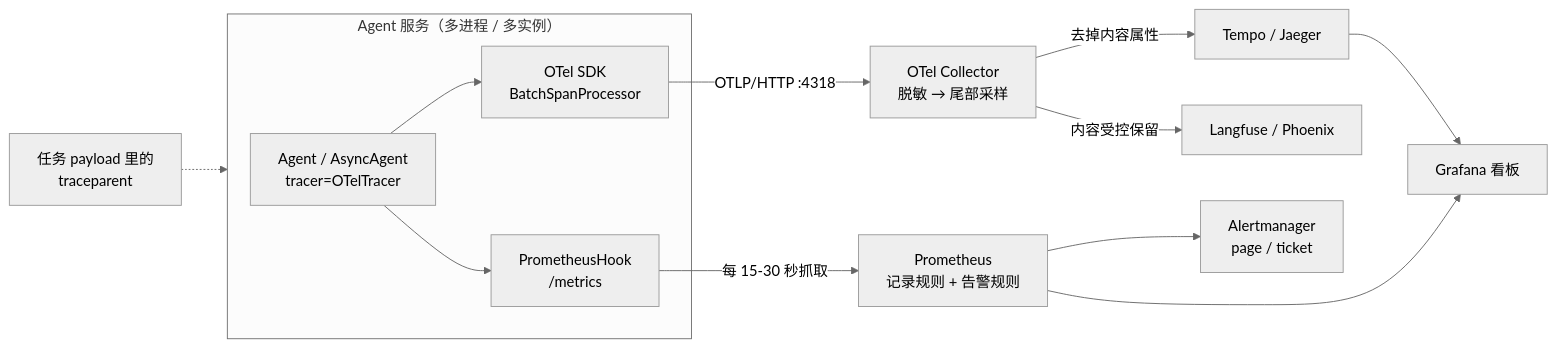
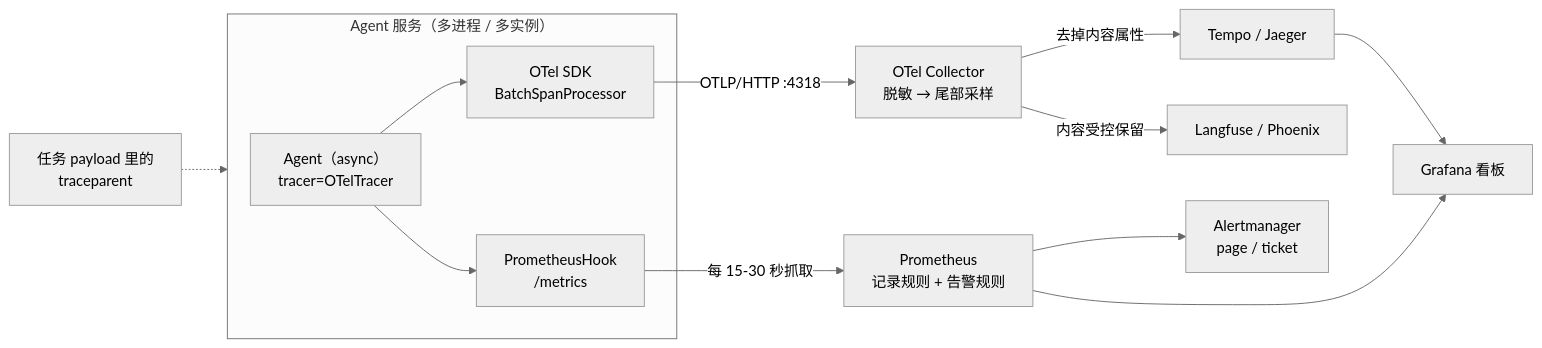
One commit to heaven999b/hello-agent-system changed the first of 4 diagrams in lessons/28_production_observability/README.md. Above: the diagram before and after it, drawn with Mermaid (neutral theme). The commit also changed other lines of this file and 21 other files, not shown here.

````diff
--- a/lessons/28_production_observability/README.md
+++ b/lessons/28_production_observability/README.md
@@ -42,15 +42,15 @@
 ```mermaid
 flowchart LR
     subgraph SVC["Agent 服务（多进程 / 多实例）"]
-        A["Agent / AsyncAgent<br/>tracer=OTelTracer"] --> B["OTel SDK<br/>BatchSpanProcessor"]
+        A["Agent（async）<br/>tracer=OTelTracer"] --> B["OTel SDK<br/>BatchSpanProcessor"]
         A --> M["PrometheusHook<br/>/metrics"]
     end
     Q["任务 payload 里的<br/>traceparent"] -.-> SVC
     B -- "OTLP/HTTP :4318" --> C["OTel Collector<br/>脱敏 → 尾部采样"]
     C -- "去掉内容属性" --> T["Tempo / Jaeger"]
     C -- "内容受控保留" --> L["Langfuse / Phoenix"]
     M -- "每 15-30 秒抓取" --> P["Prometheus<br/>记录规则 + 告警规则"]
     P --> AM["Alertmanager<br/>page / ticket"]
     P --> G["Grafana 看板"]
     T --> G
 ```
````
